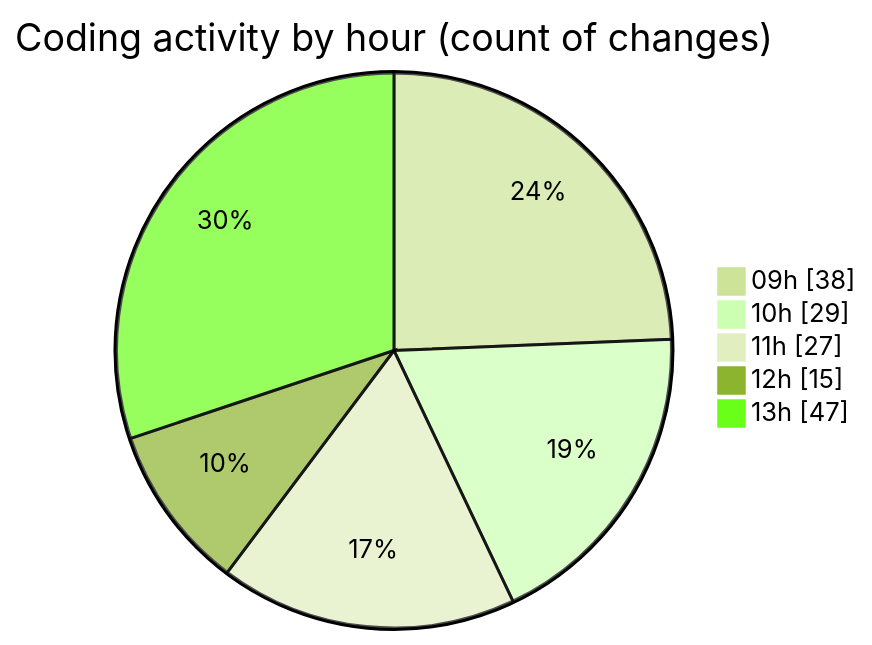
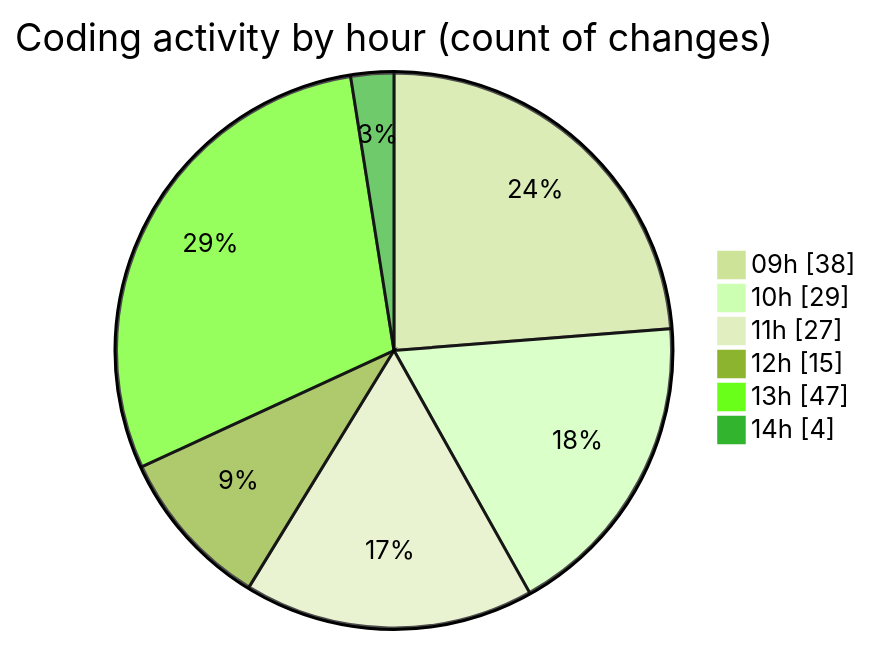
The second of 2 diagrams in 2026-07-27/cda/README.md (momahboobian/code-tracking), drawn with Mermaid (forest theme) before and after one commit. The commit also changed other lines of this file and 1 other file, not shown here.

````diff
--- a/2026-07-27/cda/README.md
+++ b/2026-07-27/cda/README.md
@@ -60,9 +61,10 @@
 ```mermaid
 pie showData
 title Coding activity by hour (count of changes)
 "09h" : 38
 "10h" : 29
 "11h" : 27
 "12h" : 15
 "13h" : 47
+"14h" : 4
 ```
````
